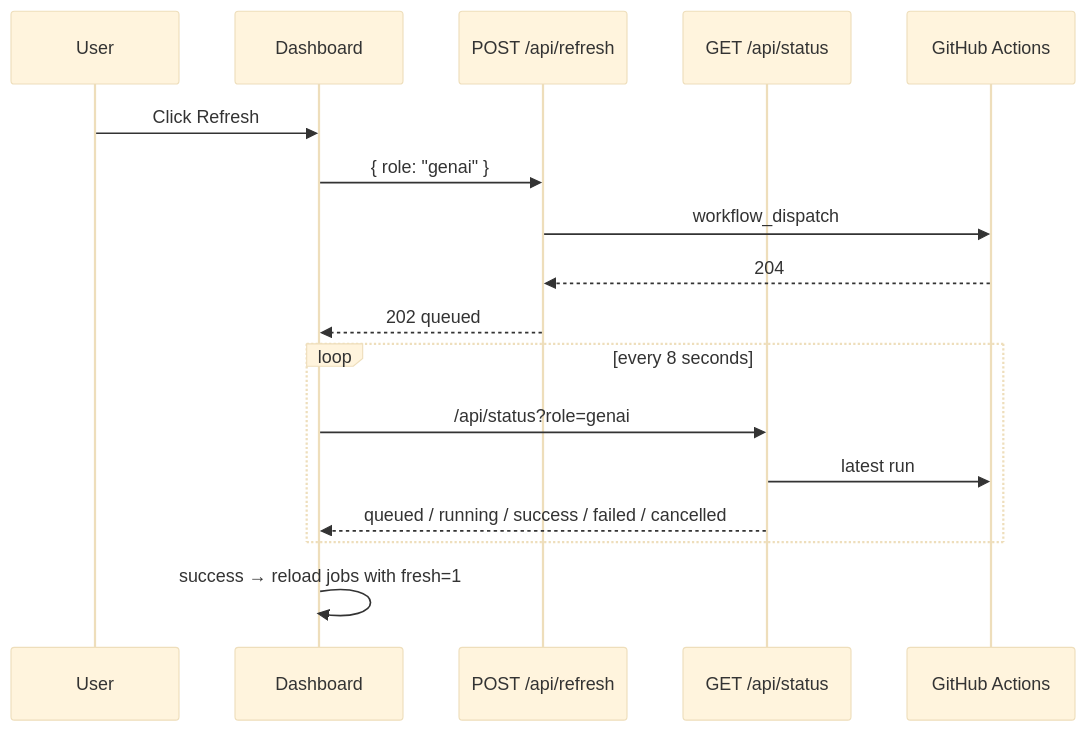
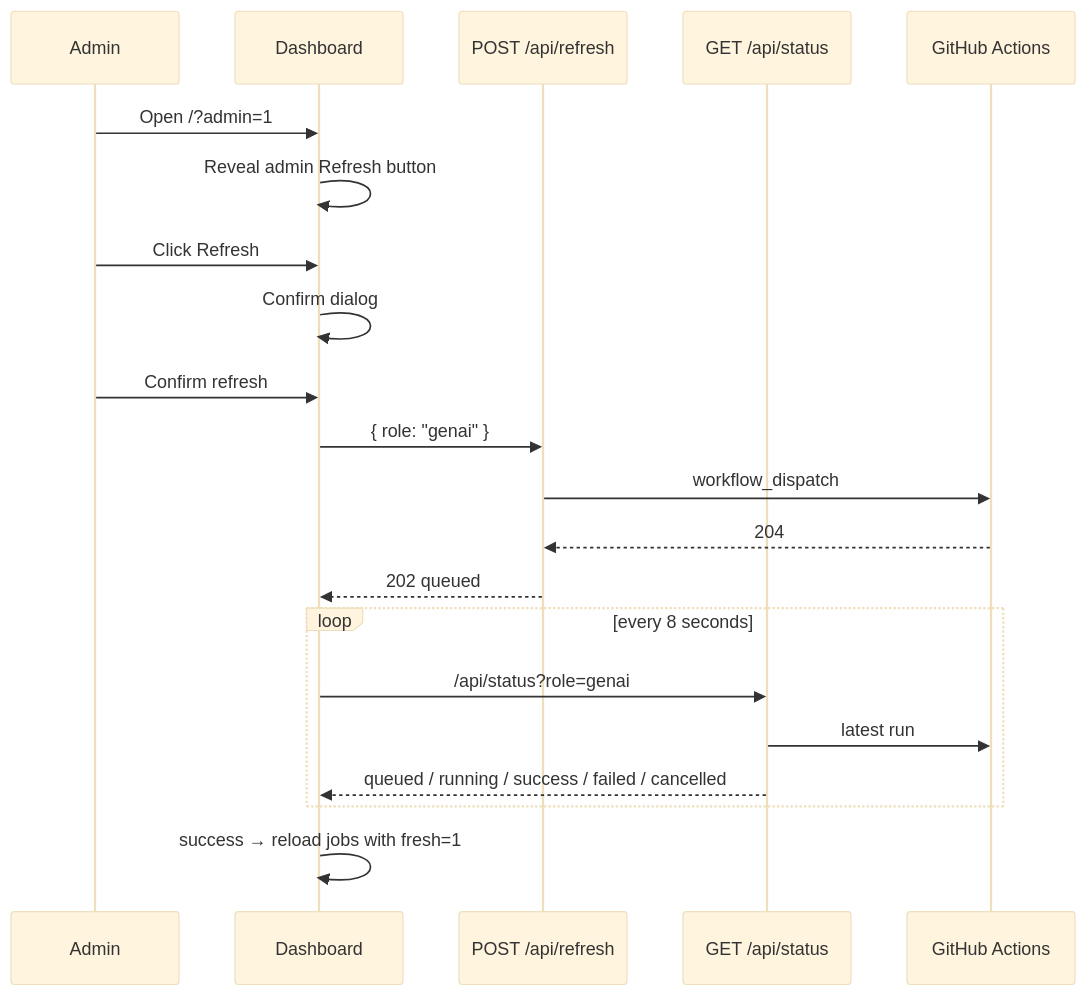
Before and after one commit to Dilip457/jobhunt-hub: the third of 3 diagrams in docs/ARCHITECTURE.md, drawn with Mermaid (base theme). The commit also changed other lines of this file and 6 other files, not shown here.

Commit message:
Hide refresh behind admin confirmation and add contact

````diff
--- a/docs/ARCHITECTURE.md
+++ b/docs/ARCHITECTURE.md
@@ -358,20 +362,24 @@
 ```mermaid
 sequenceDiagram
-    participant User
+    participant Admin
     participant UI as Dashboard
     participant Refresh as POST /api/refresh
     participant Status as GET /api/status
     participant GH as GitHub Actions
 
-    User->>UI: Click Refresh
+    Admin->>UI: Open /?admin=1
+    UI->>UI: Reveal admin Refresh button
+    Admin->>UI: Click Refresh
+    UI->>UI: Confirm dialog
+    Admin->>UI: Confirm refresh
     UI->>Refresh: { role: "genai" }
     Refresh->>GH: workflow_dispatch
     GH-->>Refresh: 204
     Refresh-->>UI: 202 queued
     loop every 8 seconds
         UI->>Status: /api/status?role=genai
         Status->>GH: latest run
         Status-->>UI: queued / running / success / failed / cancelled
     end
     UI->>UI: success → reload jobs with fresh=1
 ```
````
